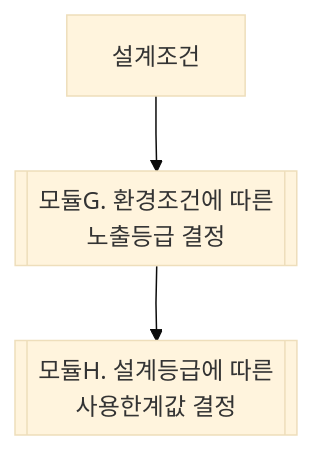
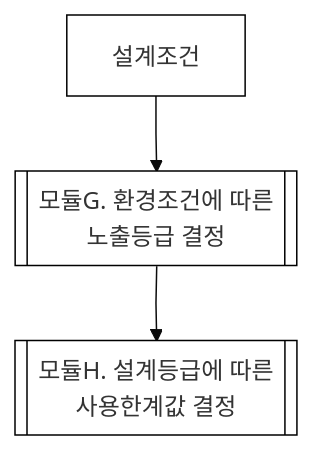
The diagram in docs/chart/PSC_거더교_설계조건_선정.md (tomoknetwork/jekyll-theme-rtd), drawn with Mermaid (base theme) before and after one commit.

Commit message:
add style

````diff
--- a/docs/chart/PSC_거더교_설계조건_선정.md
+++ b/docs/chart/PSC_거더교_설계조건_선정.md
@@ -9,11 +9,25 @@
 ```mermaid
 %%{ init: { 'flowchart': { 'curve': 'linear' } } }%%
 flowchart TD
     n1[설계조건]
     n2[[모듈G. 환경조건에 따른\n노출등급 결정]]
     n3[[모듈H. 설계등급에 따른\n사용한계값 결정]]
 
     n1-->n2-->n3
 
     click n2 href "/module/module_g.html"
+
+    %% 스타일 정의
+    classDef transparent fill:none,stroke-width:0px
+    classDef label fill:none,stroke-width:0px
+    classDef white fill:#fff,stroke:#000
+    classDef yellow fill:#f2eabd,stroke:#000
+    classDef blue fill:#d7e8f5,stroke:#000
+    classDef green fill:#d8f5d7,stroke:#000
+    classDef gray fill:#ededed,stroke:#000
+    classDef orange fill:#edc8ab,stroke:#000
+
+    class n1,n2,n3 white
+
+    
 ```
````
